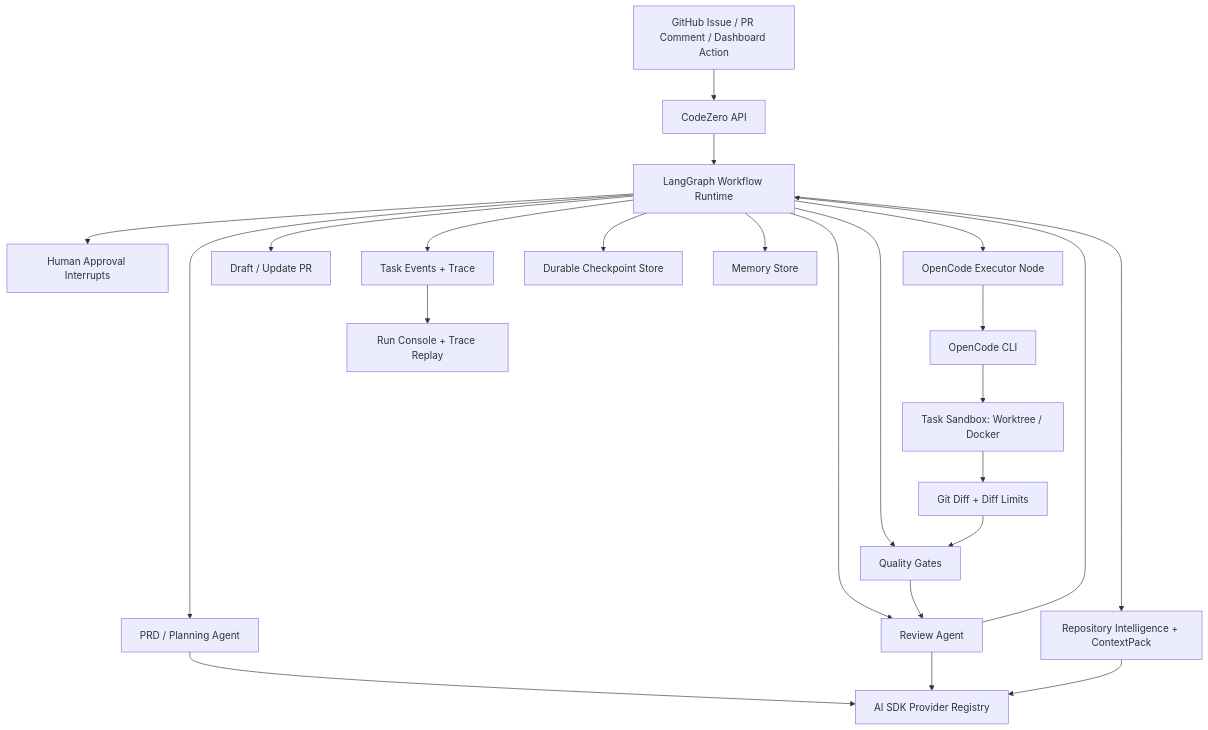
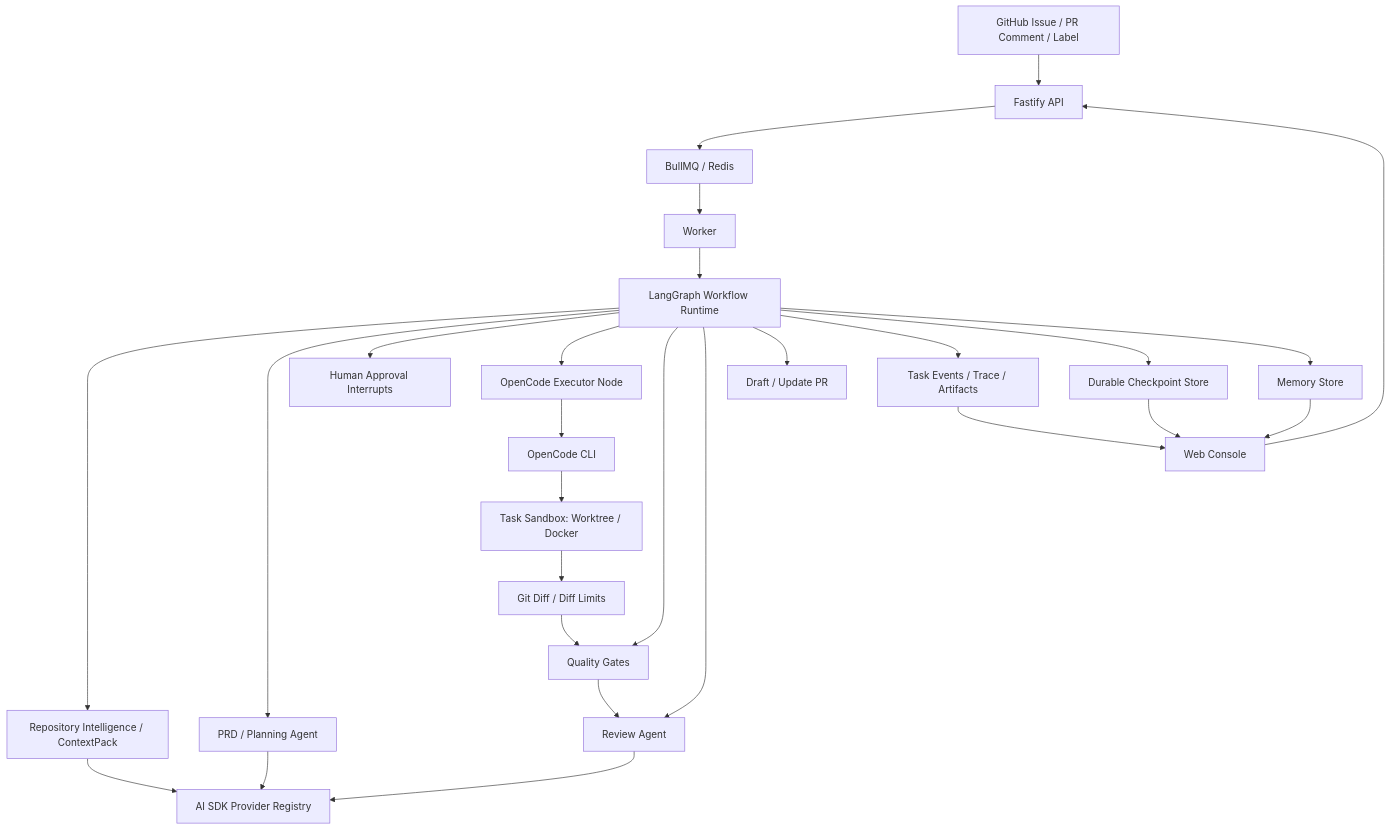
Before and after one commit to JASON-QWeb/CodeZero: the first of 2 diagrams in docs/ARCHITECTURE.md, drawn with Mermaid. The commit also changed other lines of this file and 53 other files, not shown here.

````diff
--- a/docs/ARCHITECTURE.md
+++ b/docs/ARCHITECTURE.md
@@ -17,29 +20,34 @@
 ```mermaid
 flowchart TD
-  GH["GitHub Issue / PR Comment / Dashboard Action"] --> API["CodeZero API"]
-  API --> LG["LangGraph Workflow Runtime"]
+  GH["GitHub Issue / PR Comment / Label"] --> API["Fastify API"]
+  UI["Web Console"] --> API
 
-  LG --> CTX["Repository Intelligence + ContextPack"]
+  API --> Q["BullMQ / Redis"]
+  Q --> W["Worker"]
+  W --> LG["LangGraph Workflow Runtime"]
+
+  LG --> CTX["Repository Intelligence / ContextPack"]
   LG --> PRD["PRD / Planning Agent"]
   LG --> HITL["Human Approval Interrupts"]
   LG --> EXEC["OpenCode Executor Node"]
   LG --> QA["Quality Gates"]
   LG --> REV["Review Agent"]
   LG --> PR["Draft / Update PR"]
 
   PRD --> SDK["AI SDK Provider Registry"]
   REV --> SDK
   CTX --> SDK
 
   EXEC --> OC["OpenCode CLI"]
   OC --> SB["Task Sandbox: Worktree / Docker"]
-  SB --> DIFF["Git Diff + Diff Limits"]
+  SB --> DIFF["Git Diff / Diff Limits"]
   DIFF --> QA
   QA --> REV
-  REV --> LG
 
-  LG --> EVENTS["Task Events + Trace"]
-  EVENTS --> UI["Run Console + Trace Replay"]
+  LG --> EVENTS["Task Events / Trace / Artifacts"]
   LG --> CP["Durable Checkpoint Store"]
   LG --> MEM["Memory Store"]
+  EVENTS --> UI
+  CP --> UI
+  MEM --> UI
 ```
````
